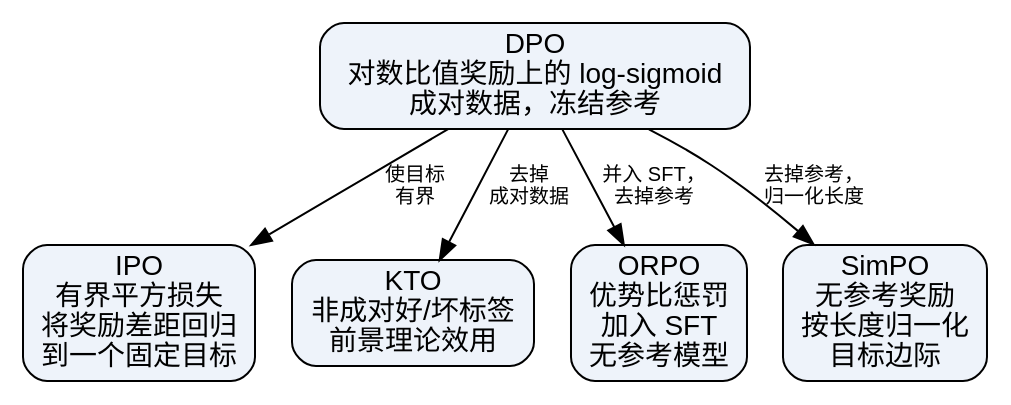
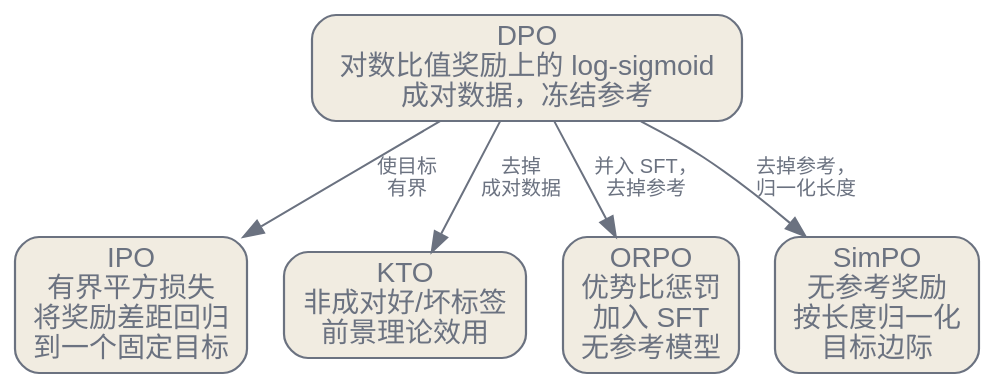
One commit to latere-ai/ai-as-an-infrastructure changed the second of 2 diagrams in zh/p2-adaptation/11-dpo-variants.qmd. Above: the diagram before and after it, drawn with Graphviz. The commit also changed 186 other files, not shown here.

First line of the commit message:
book: visual audit pass on all diagrams and figures

````diff
--- a/zh/p2-adaptation/11-dpo-variants.qmd
+++ b/zh/p2-adaptation/11-dpo-variants.qmd
@@ -80,21 +80,22 @@
 ```{dot}
 //| label: fig-dpo-variants-zoo
 //| fig-cap: "每个变体改动 DPO 损失的某一部分。IPO 把目标变得有界；KTO 去掉成对数据要求；ORPO 把对齐折叠进 SFT 并移除参考；SimPO 移除参考并按长度归一化。"
 digraph {
   rankdir=TB;
-  node [shape=box, style="rounded,filled", fillcolor="#eef3fa", color="#5a7", fontname="Helvetica"];
-  edge [color="#777", fontname="Helvetica", fontsize=10];
+  bgcolor="transparent";
+  node [shape=box, style="rounded,filled", fillcolor="#f1ece1", color="#6b7280", fontcolor="#6b7280", fontname="Helvetica", penwidth=1.1];
+  edge [color="#6b7280", fontcolor="#6b7280", fontname="Helvetica", fontsize=10];
 
   dpo [label="DPO\n对数比值奖励上的 log-sigmoid\n成对数据，冻结参考"];
 
   ipo [label="IPO\n有界平方损失\n将奖励差距回归\n到一个固定目标"];
   kto [label="KTO\n非成对好/坏标签\n前景理论效用"];
   orpo [label="ORPO\n优势比惩罚\n加入 SFT\n无参考模型"];
   simpo [label="SimPO\n无参考奖励\n按长度归一化\n目标边际"];
 
   dpo -> ipo [label="使目标\n有界"];
   dpo -> kto [label="去掉\n成对数据"];
   dpo -> orpo [label="并入 SFT，\n去掉参考"];
   dpo -> simpo [label="去掉参考，\n归一化长度"];
 }
 ```
````
